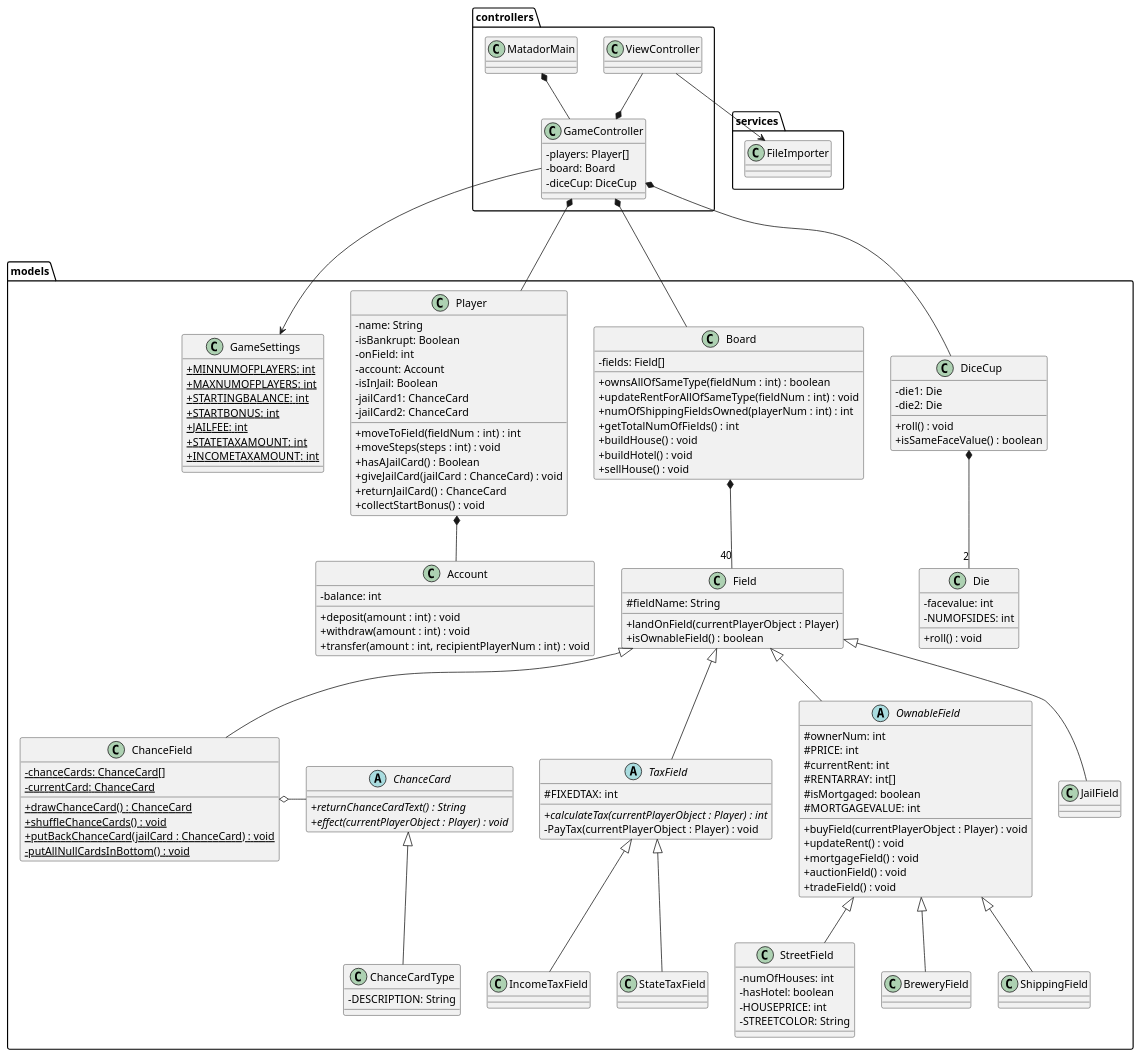
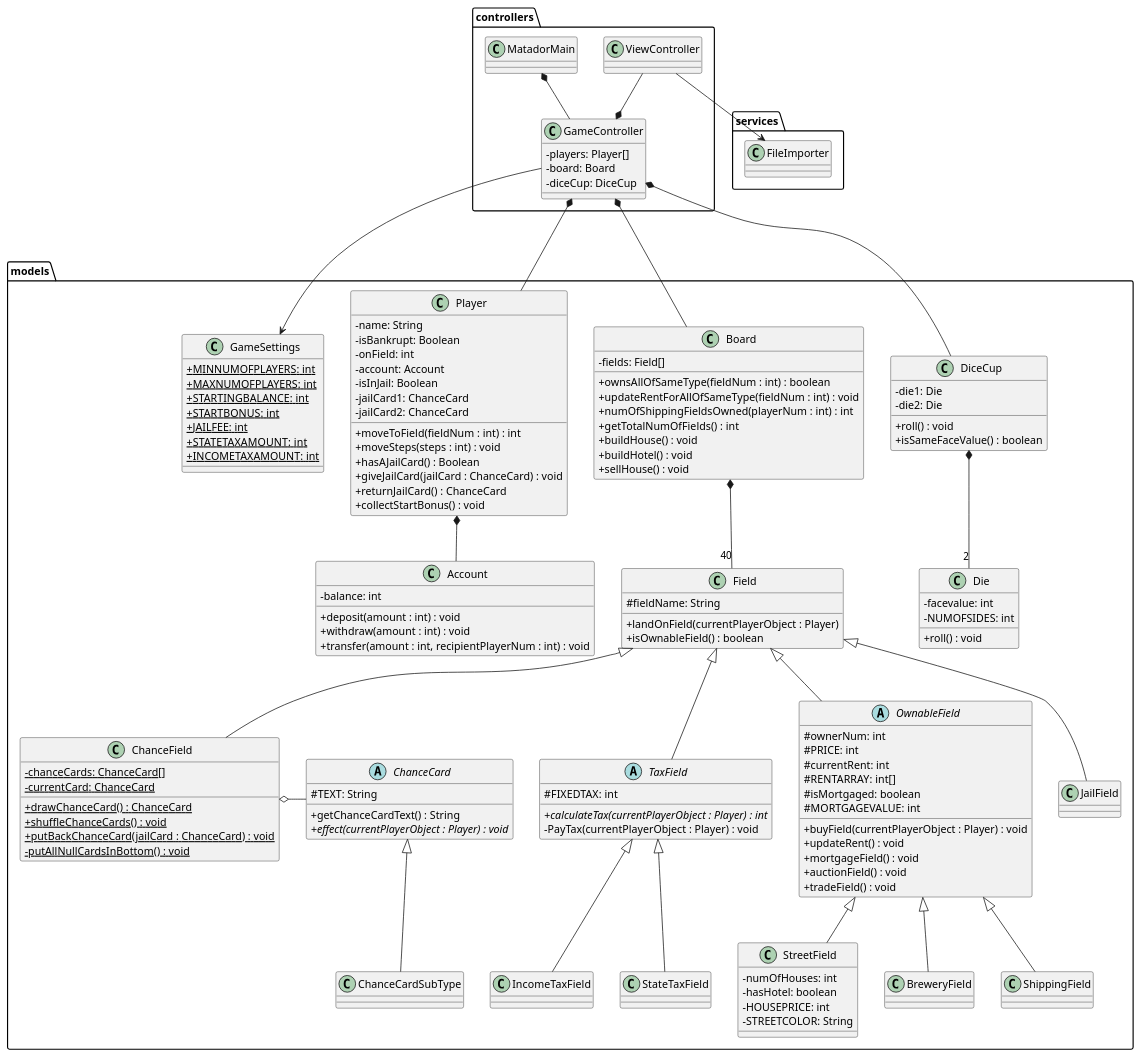
The diagram in 18_final/UML/DesignClassDiagram.puml (GabeKierk889/gruppe-18), drawn with PlantUML before and after one commit. The commit also changed 8 other files, not shown here.

Commit message:
Added test classes and edited ChanceField/ChanceCard classes

```diff
--- a/18_final/UML/DesignClassDiagram.puml
+++ b/18_final/UML/DesignClassDiagram.puml
@@ -1,200 +1,200 @@
 @startuml
 'https://plantuml.com/class-diagram
 skinparam classAttributeIconSize 0
 
 package services {
 
 class FileImporter {
 
 }
 
 }
 
 package controllers {
 
 class MatadorMain {
 
 }
 
 class GameController {
     -players: Player[]
     -board: Board
     -diceCup: DiceCup
 }
 
 'class GameSetupController {
 '
 '}
 
 class ViewController {
 
 }
 
 }
 
 package models {
 
 class GameSettings {
     {static}+MINNUMOFPLAYERS: int
     {static}+MAXNUMOFPLAYERS: int
     {static}+STARTINGBALANCE: int
     {static}+STARTBONUS: int
     {static}+JAILFEE: int
     {static}+STATETAXAMOUNT: int
     {static}+INCOMETAXAMOUNT: int
 }
 
 class Player {
     -name: String
     -isBankrupt: Boolean
     -onField: int
     -account: Account
     -isInJail: Boolean
     -jailCard1: ChanceCard
     -jailCard2: ChanceCard
 
     +moveToField(fieldNum : int) : int
     +moveSteps(steps : int) : void
     +hasAJailCard() : Boolean
     +giveJailCard(jailCard : ChanceCard) : void
     +returnJailCard() : ChanceCard
     +collectStartBonus() : void
 }
 
 class Board {
     -fields: Field[]
 
     +ownsAllOfSameType(fieldNum : int) : boolean
     +updateRentForAllOfSameType(fieldNum : int) : void
     +numOfShippingFieldsOwned(playerNum : int) : int
     +getTotalNumOfFields() : int
     +buildHouse() : void
     +buildHotel() : void
     +sellHouse() : void
 }
 
 class Field {
     #fieldName: String
 
     +landOnField(currentPlayerObject : Player)
     +isOwnableField() : boolean
 }
 
 class Account {
     -balance: int
 
     +deposit(amount : int) : void
     +withdraw(amount : int) : void
     +transfer(amount : int, recipientPlayerNum : int) : void
 }
 
 class DiceCup {
     -die1: Die
     -die2: Die
 
     +roll() : void
     +isSameFaceValue() : boolean
 }
 
 class Die {
     -facevalue: int
     -NUMOFSIDES: int
 
     +roll() : void
 }
 
-class ChanceCardType {
-    -DESCRIPTION: String
+class ChanceCardSubType {
 }
 
 abstract class ChanceCard {
-    {abstract}+returnChanceCardText() : String
+    #TEXT: String
+    +getChanceCardText() : String
     {abstract}+effect(currentPlayerObject : Player) : void
 }
 
 abstract class OwnableField {
         #ownerNum: int
         #PRICE: int
         #currentRent: int
         #RENTARRAY: int[]
         #isMortgaged: boolean
         #MORTGAGEVALUE: int
 
         +buyField(currentPlayerObject : Player) : void
         +updateRent() : void
         +mortgageField() : void
         +auctionField() : void
         +tradeField() : void
 }
 
 class StreetField {
     -numOfHouses: int
     -hasHotel: boolean
     -HOUSEPRICE: int
     -STREETCOLOR: String
 
 }
 
 class BreweryField {
 
 }
 
 class ShippingField {
 
 }
 
 class ChanceField {
     {static}-chanceCards: ChanceCard[]
     {static}-currentCard: ChanceCard
 
     {static}+drawChanceCard() : ChanceCard
     {static}+shuffleChanceCards() : void
     {static}+putBackChanceCard(jailCard : ChanceCard) : void
     {static}-putAllNullCardsInBottom() : void
 }
 
 class JailField {
 
 }
 
 abstract class TaxField {
     #FIXEDTAX: int
 
     {abstract}+calculateTax(currentPlayerObject : Player) : int
     -PayTax(currentPlayerObject : Player) : void
 }
 
 class StateTaxField {
 
 }
 
 class IncomeTaxField {
 
 }
 
 }
 
 MatadorMain *-- GameController
 ViewController --> FileImporter
 ViewController --* GameController
 GameController --> GameSettings
 GameController *--- Board
 GameController *--- DiceCup
 GameController *--- Player
 Player *-- Account
 Board *-- "40" Field
 OwnableField <|-- StreetField
 Field <|-- ChanceField
 Field <|-- JailField
 ChanceField o- ChanceCard
-ChanceCard <|-- ChanceCardType
+ChanceCard <|-- ChanceCardSubType
 DiceCup *-- "2" Die
 Field <|-- OwnableField
 OwnableField <|-- BreweryField
 OwnableField <|-- ShippingField
 Field <|-- TaxField
 TaxField <|-- StateTaxField
 TaxField <|-- IncomeTaxField
 
 
 @enduml
```
